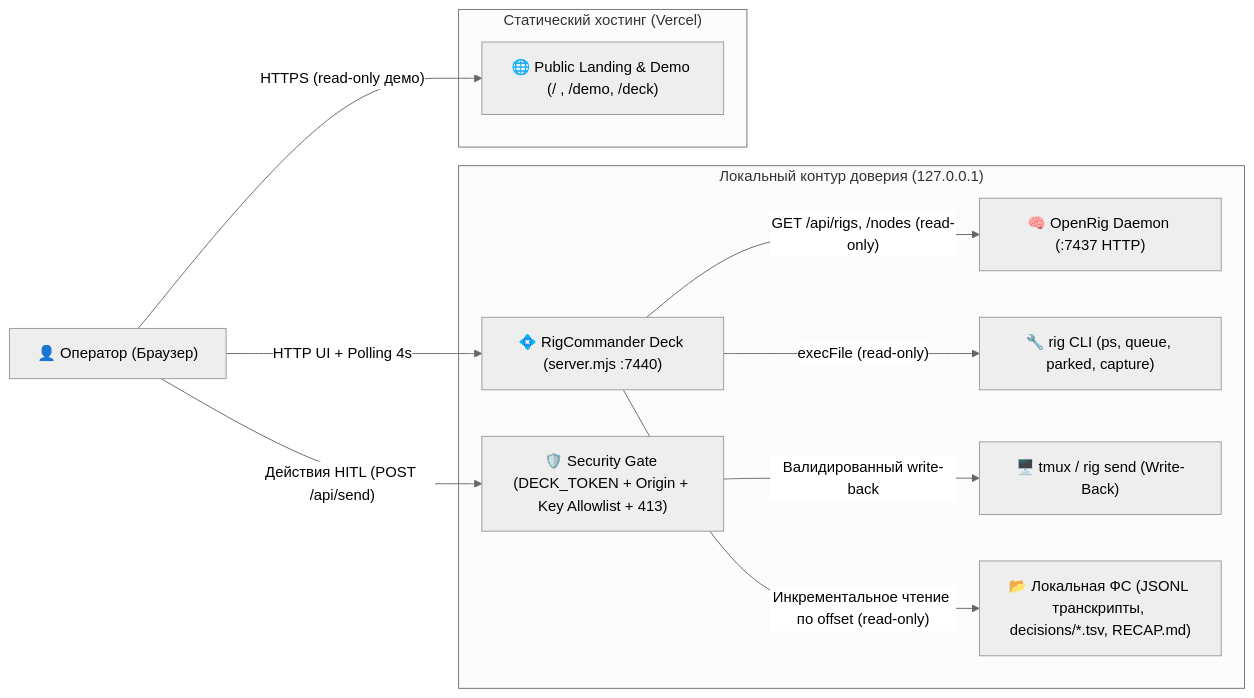
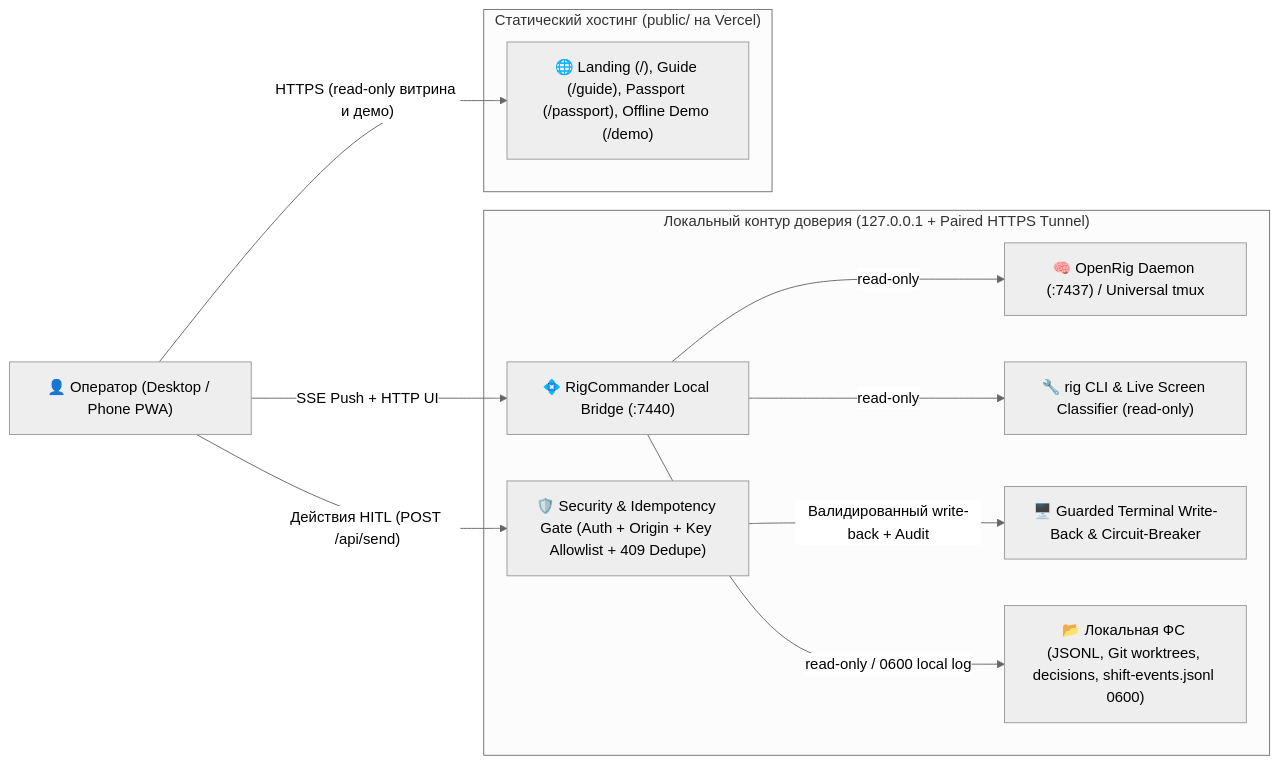
Before and after one commit to Vedariy/rig-commander: the fourth of 5 diagrams in openrig/docs/architecture.md, drawn with Mermaid (neutral theme). The commit also changed other lines of this file and 8 other files, not shown here.

Commit message:
docs(security,passport): move deep implementation details to internal docs and refine public showcase

````diff
--- a/openrig/docs/architecture.md
+++ b/openrig/docs/architecture.md
@@ -231,26 +152,26 @@
 ```mermaid
 flowchart LR
-    OP["👤 Оператор (Браузер)"]
+    OP["👤 Оператор (Desktop / Phone PWA)"]
 
-    subgraph LOCAL["Локальный контур доверия (127.0.0.1)"]
-        DECK["💠 RigCommander Deck (server.mjs :7440)"]
-        GATE["🛡️ Security Gate (DECK_TOKEN + Origin + Key Allowlist + 413)"]
-        DAEMON["🧠 OpenRig Daemon (:7437 HTTP)"]
-        CLI["🔧 rig CLI (ps, queue, parked, capture)"]
-        TMUX["🖥️ tmux / rig send (Write-Back)"]
-        FS["📂 Локальная ФС (JSONL транскрипты, decisions/*.tsv, RECAP.md)"]
+    subgraph LOCAL["Локальный контур доверия (127.0.0.1 + Paired HTTPS Tunnel)"]
+        DECK["💠 RigCommander Local Bridge (:7440)"]
+        GATE["🛡️ Security & Idempotency Gate (Auth + Origin + Key Allowlist + 409 Dedupe)"]
+        DAEMON["🧠 OpenRig Daemon (:7437) / Universal tmux"]
+        CLI["🔧 rig CLI & Live Screen Classifier (read-only)"]
+        TMUX["🖥️ Guarded Terminal Write-Back & Circuit-Breaker"]
+        FS["📂 Локальная ФС (JSONL, Git worktrees, decisions, shift-events.jsonl 0600)"]
     end
 
-    subgraph CLOUD["Статический хостинг (Vercel)"]
-        DEMO["🌐 Public Landing & Demo (/ , /demo, /deck)"]
+    subgraph CLOUD["Статический хостинг (public/ на Vercel)"]
+        DEMO["🌐 Landing (/), Guide (/guide), Passport (/passport), Offline Demo (/demo)"]
     end
 
-    OP -->|"HTTP UI + Polling 4s"| DECK
-    OP -->|"HTTPS (read-only демо)"| DEMO
+    OP -->|"SSE Push + HTTP UI"| DECK
+    OP -->|"HTTPS (read-only витрина и демо)"| DEMO
     OP -->|"Действия HITL (POST /api/send)"| GATE
-    GATE -->|"Валидированный write-back"| TMUX
+    GATE -->|"Валидированный write-back + Audit"| TMUX
 
-    DECK -->|"GET /api/rigs, /nodes (read-only)"| DAEMON
-    DECK -->|"execFile (read-only)"| CLI
-    DECK -->|"Инкрементальное чтение по offset (read-only)"| FS
+    DECK -->|"read-only"| DAEMON
+    DECK -->|"read-only"| CLI
+    DECK -->|"read-only / 0600 local log"| FS
 ```
````
